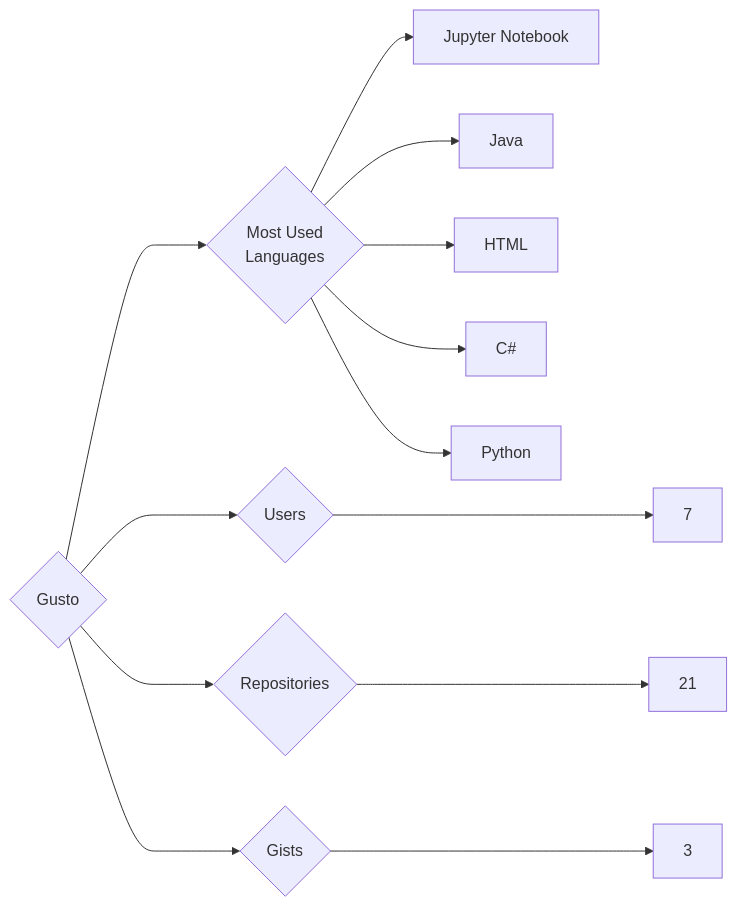
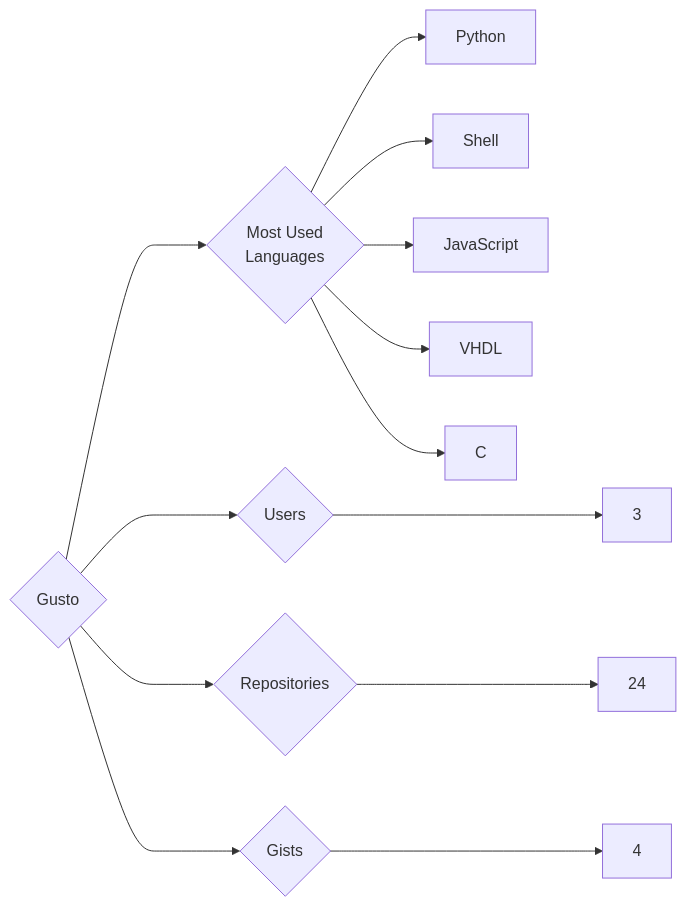
Before and after one commit to trickest/insiders: the diagram in targets/Gusto/README.md, drawn with Mermaid. The commit also changed 865 other files, not shown here.

````diff
--- a/targets/Gusto/README.md
+++ b/targets/Gusto/README.md
@@ -3,13 +3,13 @@
 ```mermaid
 graph LR
 COMPANY_NAME{Gusto}
-COMPANY_NAME ---> U{Users} ---> UN[7]
-COMPANY_NAME ---> R{Repositories} ---> RN[21]
-COMPANY_NAME ---> G{Gists} ---> GN[3]
+COMPANY_NAME ---> U{Users} ---> UN[3]
+COMPANY_NAME ---> R{Repositories} ---> RN[24]
+COMPANY_NAME ---> G{Gists} ---> GN[4]
 COMPANY_NAME ---> ML{Most Used<br>Languages}
-ML --> Jupyter_Notebook[Jupyter Notebook]
-ML --> Java[Java]
-ML --> HTML[HTML]
-ML --> C#[C#]
 ML --> Python[Python]
+ML --> Shell[Shell]
+ML --> JavaScript[JavaScript]
+ML --> VHDL[VHDL]
+ML --> C[C]
 ```
````
